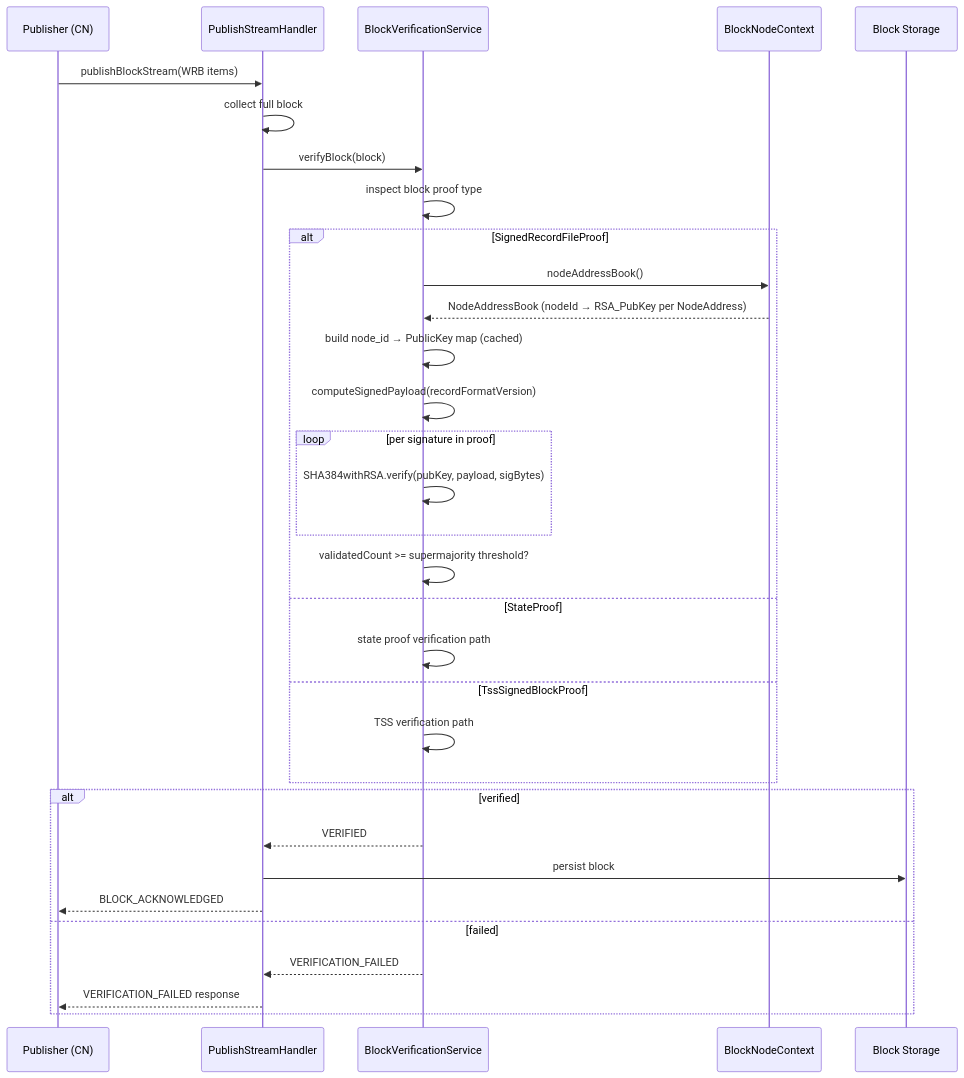
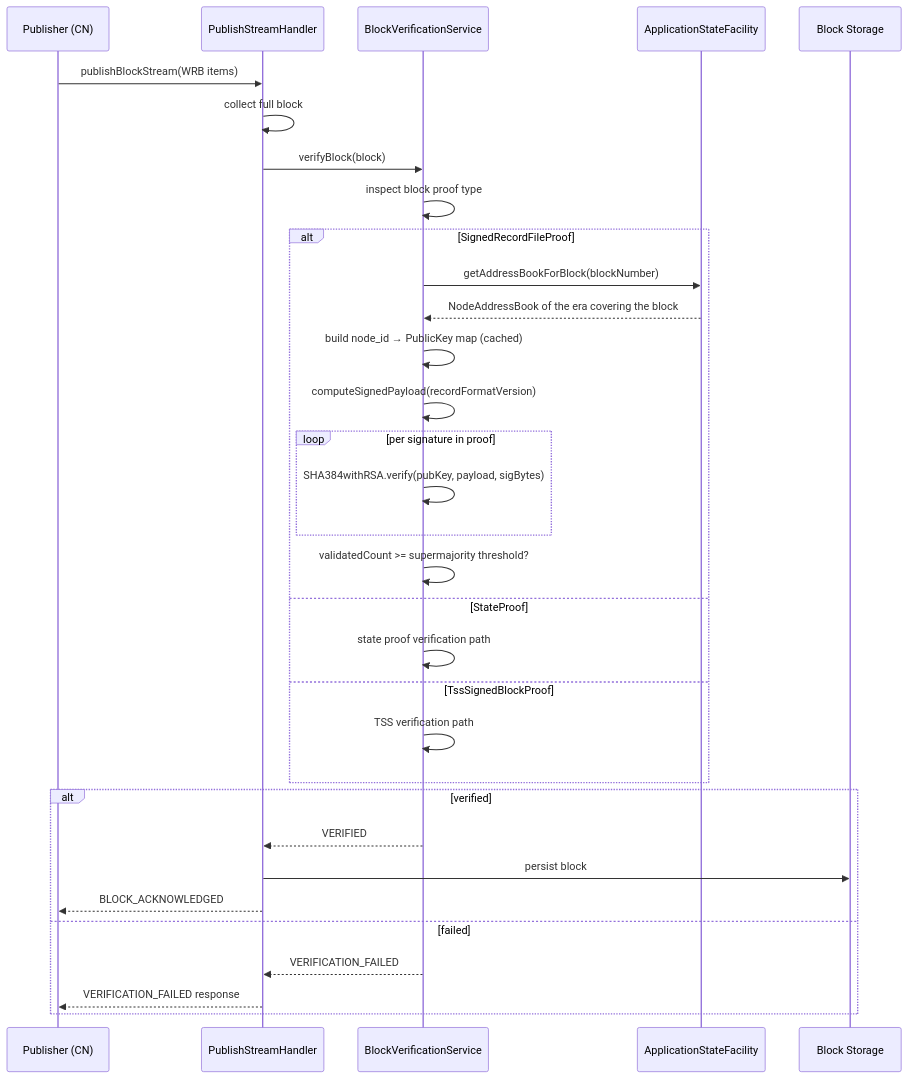
The second of 2 diagrams in docs/design/wrb-streaming/bootstrap-roster-plugin.md (hiero-ledger/hiero-block-node), drawn with Mermaid before and after one commit. The commit also changed other lines of this file and 27 other files, not shown here.

````diff
--- a/docs/design/wrb-streaming/bootstrap-roster-plugin.md
+++ b/docs/design/wrb-streaming/bootstrap-roster-plugin.md
@@ -559,35 +590,35 @@
 ```mermaid
 sequenceDiagram
     participant Pub as Publisher (CN)
     participant Handler as PublishStreamHandler
     participant Verifier as BlockVerificationService
-    participant Ctx as BlockNodeContext
+    participant Facility as ApplicationStateFacility
     participant Store as Block Storage
 
     Pub->>Handler: publishBlockStream(WRB items)
     Handler->>Handler: collect full block
     Handler->>Verifier: verifyBlock(block)
     Verifier->>Verifier: inspect block proof type
     alt SignedRecordFileProof
-        Verifier->>Ctx: nodeAddressBook()
-        Ctx-->>Verifier: NodeAddressBook (nodeId → RSA_PubKey per NodeAddress)
+        Verifier->>Facility: getAddressBookForBlock(blockNumber)
+        Facility-->>Verifier: NodeAddressBook of the era covering the block
         Verifier->>Verifier: build node_id → PublicKey map (cached)
         Verifier->>Verifier: computeSignedPayload(recordFormatVersion)
         loop per signature in proof
             Verifier->>Verifier: SHA384withRSA.verify(pubKey, payload, sigBytes)
         end
         Verifier->>Verifier: validatedCount >= supermajority threshold?
     else StateProof
         Verifier->>Verifier: state proof verification path
     else TssSignedBlockProof
         Verifier->>Verifier: TSS verification path
     end
     alt verified
         Verifier-->>Handler: VERIFIED
         Handler->>Store: persist block
         Handler-->>Pub: BLOCK_ACKNOWLEDGED
     else failed
         Verifier-->>Handler: VERIFICATION_FAILED
         Handler-->>Pub: VERIFICATION_FAILED response
     end
 ```
````
